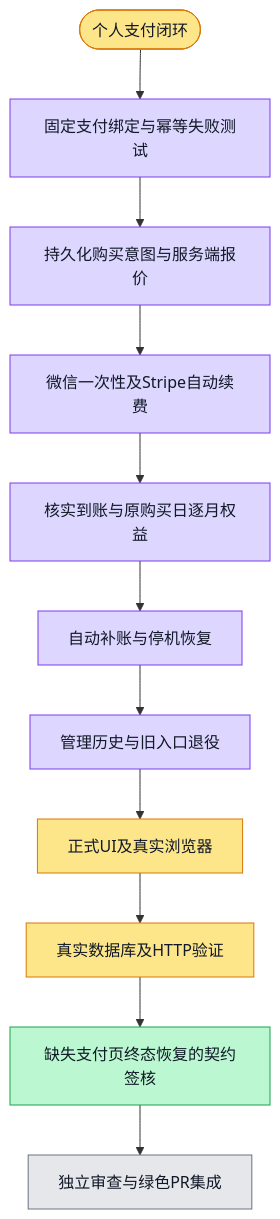
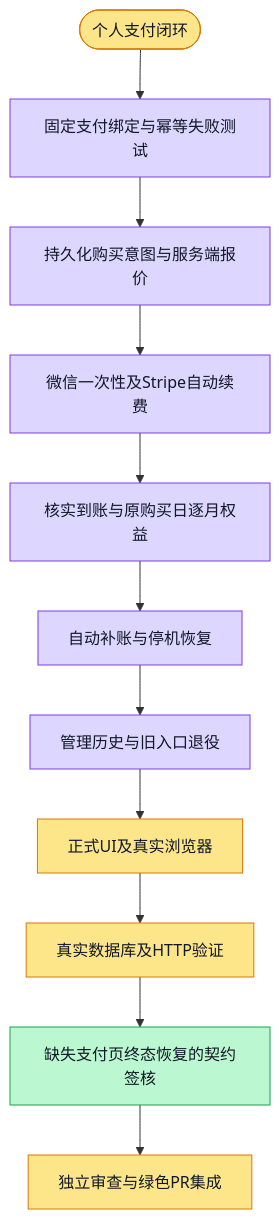
One commit to boardx/workspacex changed the diagram in phases/phase-21-billing-payment/design-deltas/personal-payments/plan.md. Above: the diagram before and after it, drawn with Mermaid. The commit also changed 34 other files, not shown here.

````diff
--- a/phases/phase-21-billing-payment/design-deltas/personal-payments/plan.md
+++ b/phases/phase-21-billing-payment/design-deltas/personal-payments/plan.md
@@ -3,39 +3,39 @@
 ```mermaid
 flowchart TD
   G([个人支付闭环])
   S1[固定支付绑定与幂等失败测试]
   S2[持久化购买意图与服务端报价]
   S3[微信一次性及Stripe自动续费]
   S4[核实到账与原购买日逐月权益]
   S5[真实数据库及HTTP验证]
   S7[自动补账与停机恢复]
   S8[管理历史与旧入口退役]
   S9[正式UI及真实浏览器]
   S10[缺失支付页终态恢复的契约签核]
   S6[独立审查与绿色PR集成]
   G --> S1 --> S2 --> S3 --> S4 --> S7 --> S8 --> S9 --> S5 --> S10 --> S6
   classDef todo fill:#e5e7eb,stroke:#6b7280,color:#111827
   classDef doing fill:#fde68a,stroke:#d97706,color:#111827
   classDef done fill:#bbf7d0,stroke:#16a34a,color:#111827
   classDef tested fill:#ddd6fe,stroke:#7c3aed,color:#111827
   classDef blocked fill:#fecaca,stroke:#dc2626,color:#111827
   class G doing
   class S1 tested
   %% evidence S1: provider 113 tests passed; evidence/provider-current.txt
   class S2 tested
   %% evidence S2: PostgreSQL 7 and HTTP 2 passed; evidence/intents-green.txt and http-green.txt
   class S3 tested
   %% evidence S3: provider162及PG/HTTP54，evidence/recovery-auto-*
   class S4 tested
   %% evidence S4: Stripe26含原锚点与重复账单，evidence/recovery-auto-pg-http.txt
   class S5 doing
   class S7 tested
   %% evidence S7: 177872994独立增量ACCEPT，root自动恢复与生命周期3项
   class S8 tested
   %% evidence S8: management与旧财务回归，当前53PG含active审计修复
   class S9 doing
   %% evidence S9: 正常链路完整browser16及React93；异常恢复仍待S10
   class S10 done
   %% evidence S10: personal-order-outcomes-v1/design-signoff.md；用户明确采用并授权回填，2026-11-01T21:10:18Z记录
-  class S6 todo
+  class S6 doing
 ```
````
